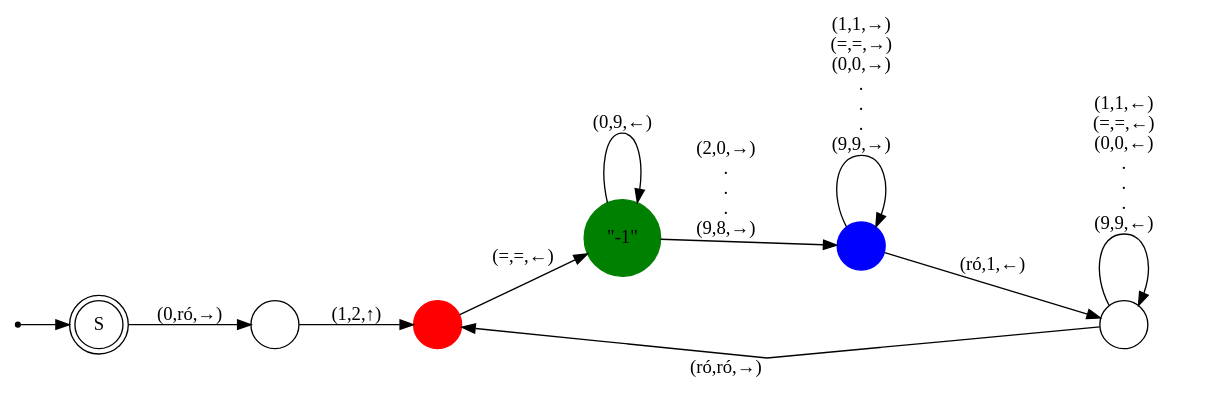
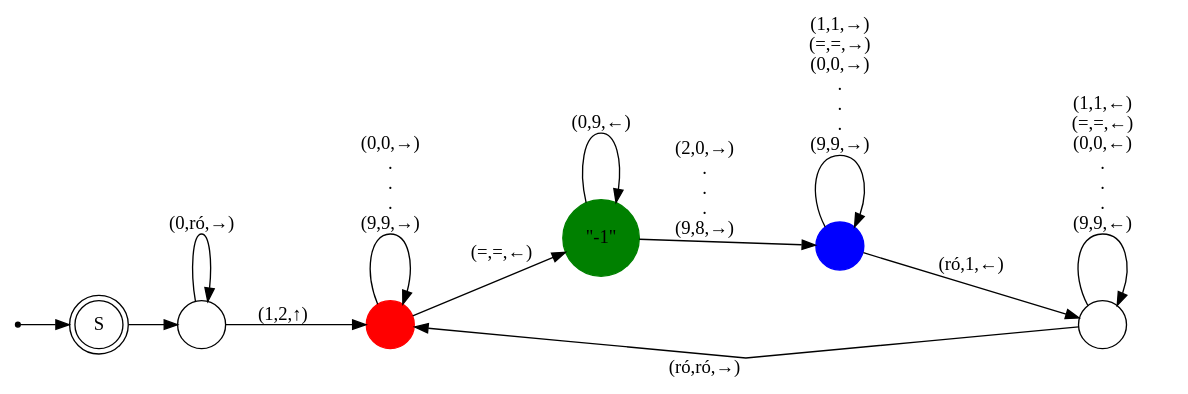
One commit to krook1024-uni-archive/textbook changed the diagram in pictures/turing.gv. Above: the diagram before and after it, drawn with Graphviz.

Commit message:
turing gépecske

```diff
--- a/pictures/turing.gv
+++ b/pictures/turing.gv
@@ -1,35 +1,37 @@
 digraph unary_to_binary {
     rankdir=LR;
     size="20";
     splines=false;
     nodesep=0.7;
     ranksep=0.5;
 
     node [shape = doublecircle]; S;
     node [shape = point label = ""]; qi
 
     node [shape = circle];
     qi -> S;
-    S  -> q1 [ label = "(0,ró,→)"];
+    S  -> q1 [ label = ""];
 	q1 -> q2 [ label = "(1,2,↑)" ] ;
 	q2 -> q3 [ label = "(=,=,←)" ];
 	q3 -> q4 [ label = "(2,0,→)\n.\n.\n.\n(9,8,→)" ];
 	q4 -> q5 [ label = "(ró,1,←)" ];
 	q5 -> q2 [ label="(ró,ró,→)" ];
 	
+	q1->q1 [ label = "(0,ró,→)" ];
+	q2->q2 [ label = "(0,0,→)\n.\n.\n.\n(9,9,→)" ];
 	q3->q3 [ label = "(0,9,←)" ];
 	q4->q4 [ label = "(1,1,→)\n(=,=,→)\n(0,0,→)\n.\n.\n.\n(9,9,→)" ];
 	q5->q5 [ label = "(1,1,←)\n(=,=,←)\n(0,0,←)\n.\n.\n.\n(9,9,←)"];
 	
 	q2 [ style=filled color = red ];
 	q3 [ style=filled color = green label = "\"-1\""];
 	q4 [ style=filled color = blue ];
 
 }
 
 
 # ←
 # ↑
 # →
 # ↓
 # dot -Tpng turing.gv -o Turing.png
```
